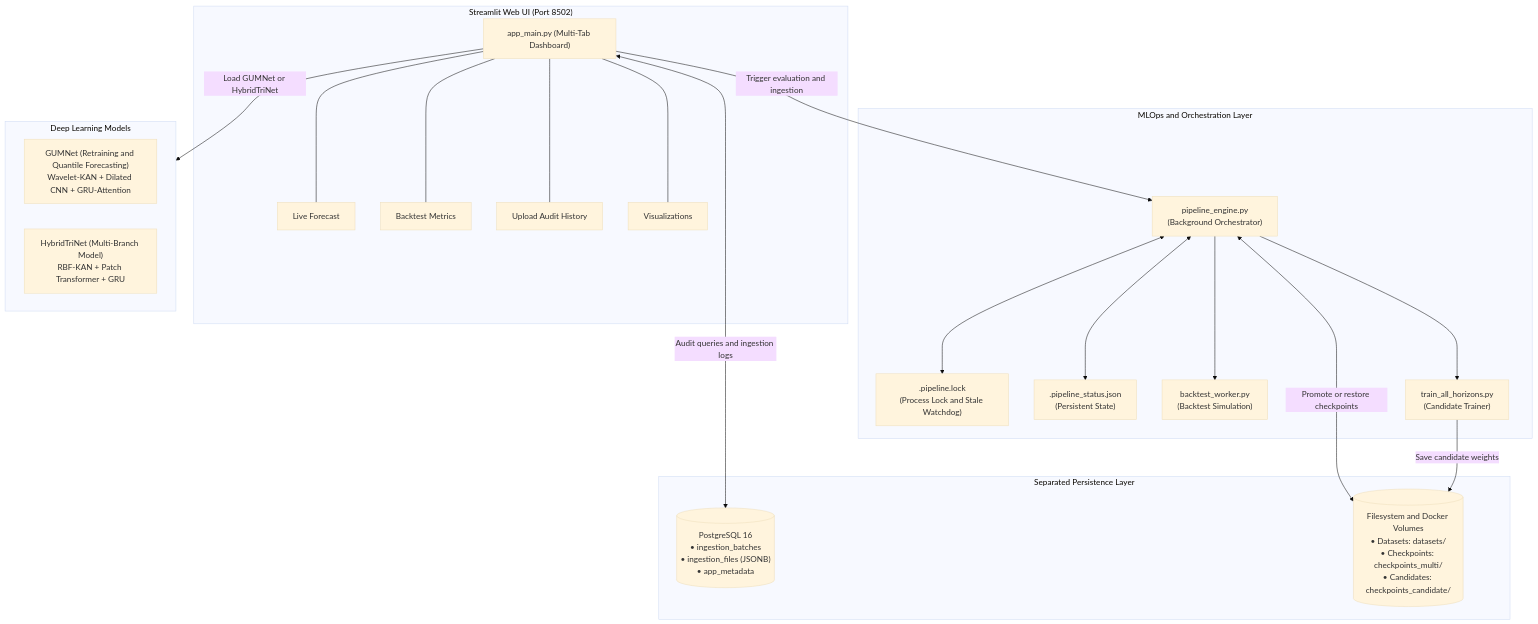
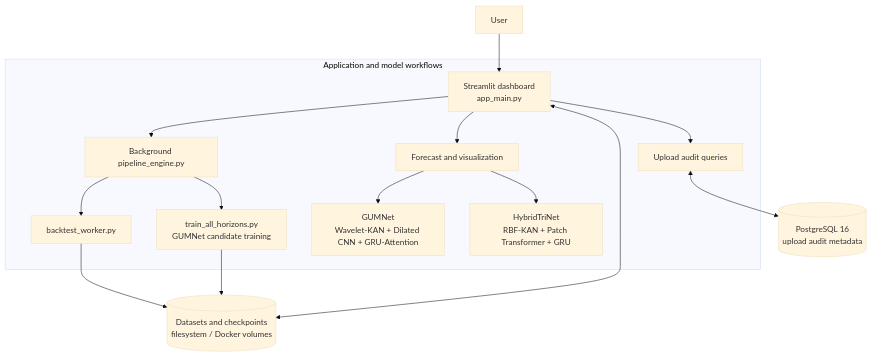
The first of 2 diagrams in README.md (kennhope13/Hybridtrinet_Oil), drawn with Mermaid (base theme) before and after one commit. The commit also changed other lines of this file and 57 other files, not shown here.

Commit message:
refactor: add leakage-aware forecasting evaluation

````diff
--- a/README.md
+++ b/README.md
@@ -11,39 +16,19 @@
 ```mermaid
 flowchart TD
-    subgraph UI_Layer["Streamlit Web UI (Port 8502)"]
-        UI["app_main.py (Multi-Tab Dashboard)"]
-        Tab1["Live Forecast"]
-        Tab2["Backtest Metrics"]
-        Tab3["Upload Audit History"]
-        Tab4["Visualizations"]
-        UI --- Tab1 & Tab2 & Tab3 & Tab4
+    User[User] --> UI[Streamlit dashboard<br/>app_main.py]
+
+    subgraph App[Application and model workflows]
+        UI --> Forecast[Forecast and visualization]
+        UI --> Audit[Upload audit queries]
+        UI --> Engine[Background pipeline_engine.py]
+        Engine --> Backtest[backtest_worker.py]
+        Engine --> Trainer[train_all_horizons.py<br/>GUMNet candidate training]
+        Forecast --> GUMNet[GUMNet<br/>Wavelet-KAN + Dilated CNN + GRU-Attention]
+        Forecast --> Hybrid[HybridTriNet<br/>RBF-KAN + Patch Transformer + GRU]
     end
 
-    subgraph Service_Orchestration["MLOps and Orchestration Layer"]
-        Engine["pipeline_engine.py\n(Background Orchestrator)"]
-        Lock[".pipeline.lock\n(Process Lock and Stale Watchdog)"]
-        Status[".pipeline_status.json\n(Persistent State)"]
-        Worker["backtest_worker.py\n(Backtest Simulation)"]
-        Trainer["train_all_horizons.py\n(Candidate Trainer)"]
-        Engine <--> Lock
-        Engine <--> Status
-        Engine --> Worker
-        Engine --> Trainer
-    end
-
-    subgraph DL_Models["Deep Learning Models"]
-        GUMNet["GUMNet (Retraining and Quantile Forecasting)\nWavelet-KAN + Dilated CNN + GRU-Attention"]
-        HybridTriNet["HybridTriNet (Multi-Branch Model)\nRBF-KAN + Patch Transformer + GRU"]
-    end
-
-    subgraph Storage_Layer["Separated Persistence Layer"]
-        Postgres[("PostgreSQL 16\n• ingestion_batches\n• ingestion_files (JSONB)\n• app_metadata")]
-        FileStore[("Filesystem and Docker Volumes\n• Datasets: datasets/\n• Checkpoints: checkpoints_multi/\n• Candidates: checkpoints_candidate/")]
-    end
-
-    UI -->|"Trigger evaluation and ingestion"| Engine
-    UI -->|"Load GUMNet or HybridTriNet"| DL_Models
-    UI <-->|"Audit queries and ingestion logs"| Postgres
-    Engine <-->|"Promote or restore checkpoints"| FileStore
-    Trainer -->|"Save candidate weights"| FileStore
+    Audit <--> DB[(PostgreSQL 16<br/>upload audit metadata)]
+    UI <--> Files[(Datasets and checkpoints<br/>filesystem / Docker volumes)]
+    Trainer --> Files
+    Backtest --> Files
 ```
````
